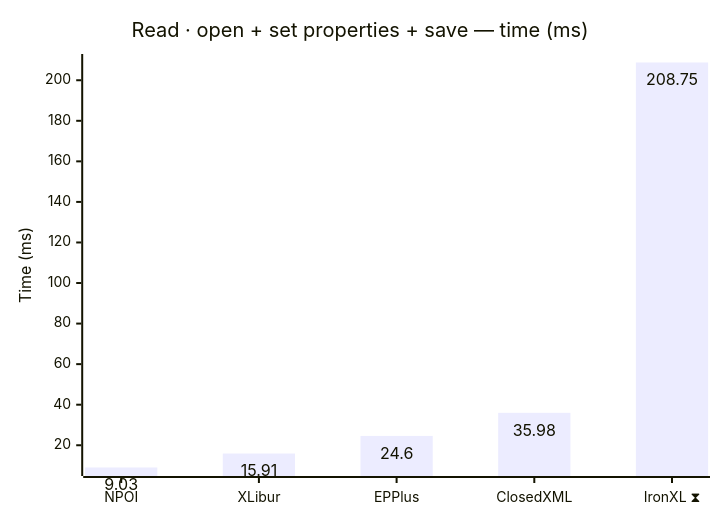
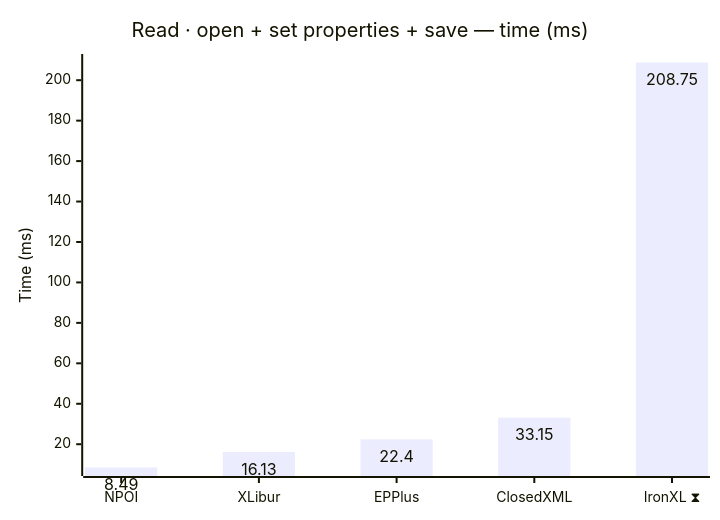
The first of 12 diagrams in docs/results.md (jafin/XLBench), drawn with Mermaid before and after one commit. The commit also changed other lines of this file and 6 other files, not shown here.

````diff
--- a/docs/results.md
+++ b/docs/results.md
@@ -39,12 +39,12 @@
 ```mermaid
 ---
 config:
   xyChart:
     showDataLabel: true
 ---
 xychart-beta
     title "Read · open + set properties + save — time (ms)"
     x-axis ["NPOI", "XLibur", "EPPlus", "ClosedXML", "IronXL ⧗"]
     y-axis "Time (ms)"
-    bar [9.03, 15.91, 24.6, 35.98, 208.75]
+    bar [8.49, 16.13, 22.4, 33.15, 208.75]
 ```
````
